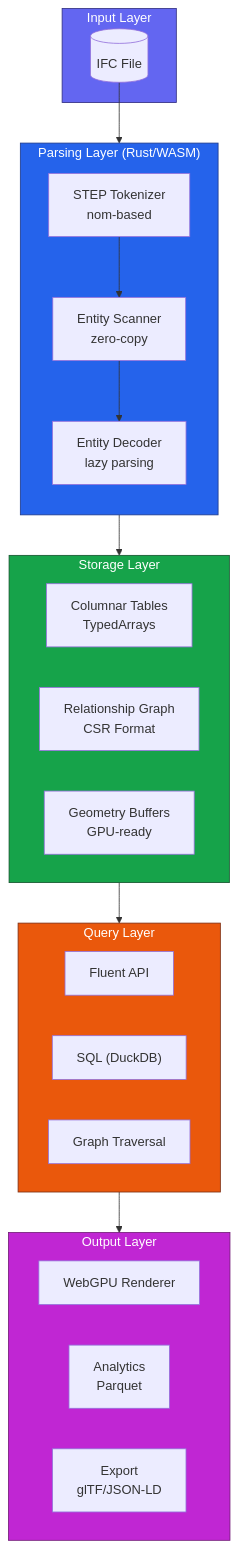
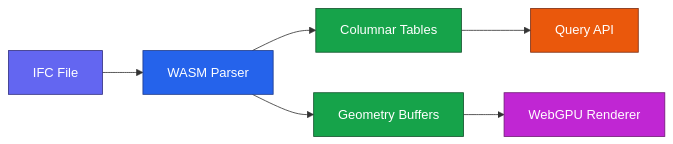
The second of 3 diagrams in docs/index.md (louistrue/ifc-lite), drawn with Mermaid before and after one commit. The commit also changed other lines of this file and 7 other files, not shown here.

First line of the commit message:
docs: comprehensive update for server architecture, IFC5 support, and new features

````diff
--- a/docs/index.md
+++ b/docs/index.md
@@ -51,46 +91,15 @@
-```mermaid
-flowchart TB
-    subgraph Input["Input Layer"]
-        IFC[("IFC File")]
-    end
+    ```mermaid
+    flowchart LR
+        IFC[IFC File] --> WASM[WASM Parser]
+        WASM --> Tables[Columnar Tables]
+        WASM --> Geometry[Geometry Buffers]
+        Tables --> Query[Query API]
+        Geometry --> Renderer[WebGPU Renderer]
 
-    subgraph Parser["Parsing Layer (Rust/WASM)"]
-        direction TB
-        STEP["STEP Tokenizer<br/>nom-based"]
-        Scanner["Entity Scanner<br/>zero-copy"]
-        Decoder["Entity Decoder<br/>lazy parsing"]
-        STEP --> Scanner --> Decoder
-    end
-
-    subgraph Storage["Storage Layer"]
-        direction LR
-        Columnar["Columnar Tables<br/>TypedArrays"]
-        Graph["Relationship Graph<br/>CSR Format"]
-        Buffers["Geometry Buffers<br/>GPU-ready"]
-    end
-
-    subgraph Query["Query Layer"]
-        direction LR
-        Fluent["Fluent API"]
-        SQL["SQL (DuckDB)"]
-        Traverse["Graph Traversal"]
-    end
-
-    subgraph Output["Output Layer"]
-        direction LR
-        Renderer["WebGPU Renderer"]
-        Analytics["Analytics<br/>Parquet"]
-        Export["Export<br/>glTF/JSON-LD"]
-    end
-
-    IFC --> Parser
-    Parser --> Storage
-    Storage --> Query
-    Query --> Output
-
-    style Input fill:#6366f1,stroke:#312e81,color:#fff
-    style Parser fill:#2563eb,stroke:#1e3a8a,color:#fff
-    style Storage fill:#16a34a,stroke:#14532d,color:#fff
-    style Query fill:#ea580c,stroke:#7c2d12,color:#fff
-    style Output fill:#c026d3,stroke:#701a75,color:#fff
-```
+        style IFC fill:#6366f1,stroke:#312e81,color:#fff
+        style WASM fill:#2563eb,stroke:#1e3a8a,color:#fff
+        style Tables fill:#16a34a,stroke:#14532d,color:#fff
+        style Geometry fill:#16a34a,stroke:#14532d,color:#fff
+        style Query fill:#ea580c,stroke:#7c2d12,color:#fff
+        style Renderer fill:#c026d3,stroke:#701a75,color:#fff
+    ```
````
